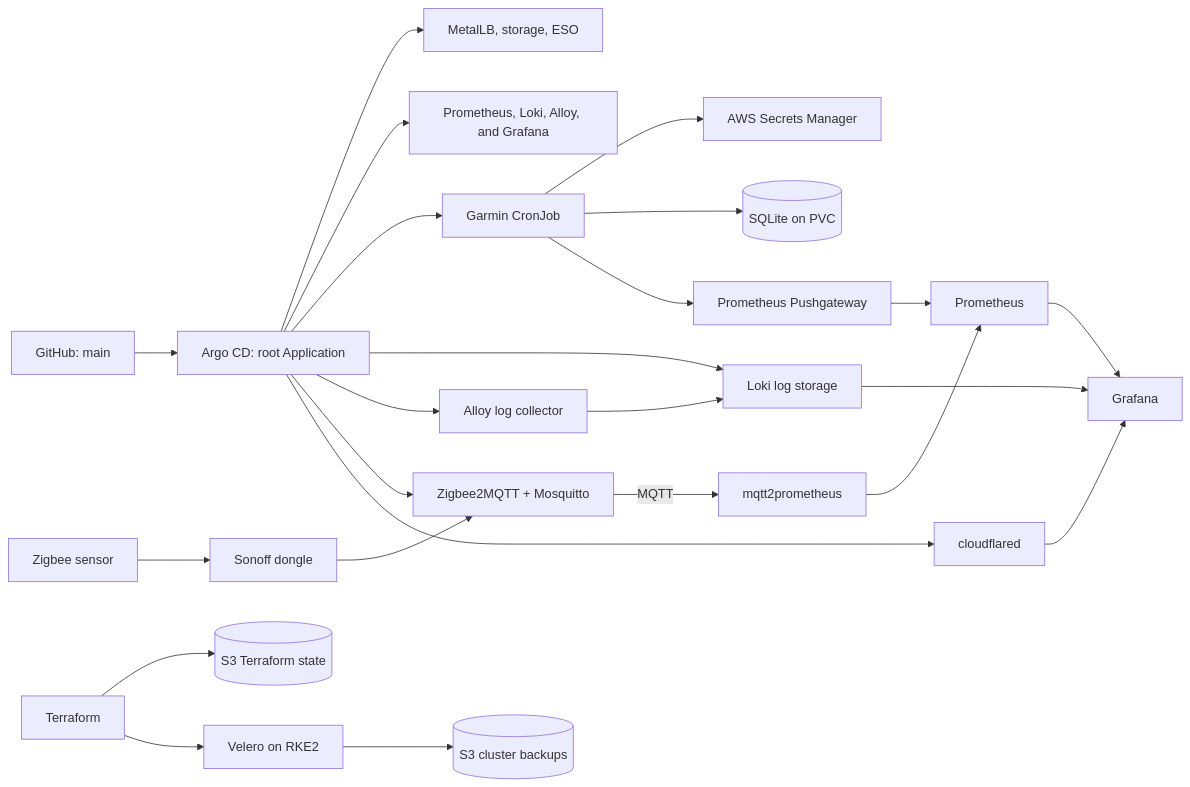
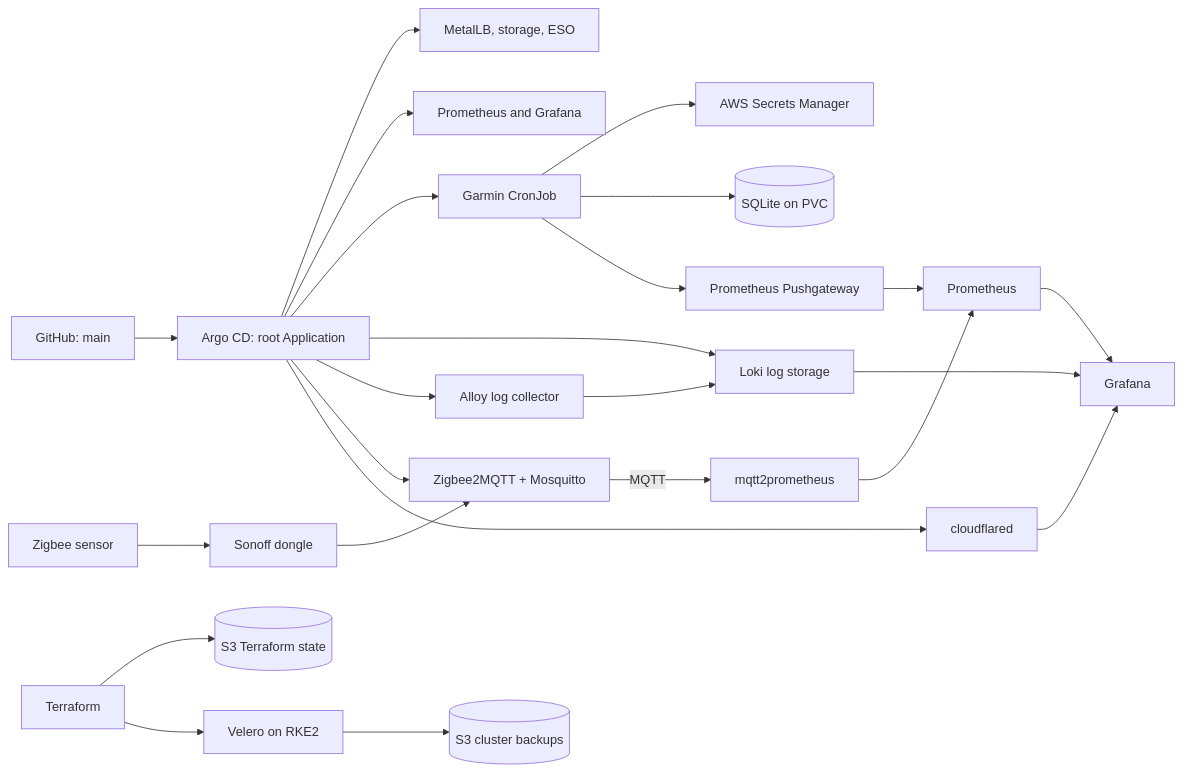
The first of 2 diagrams in README.md (andsidor/HomeLab), drawn with Mermaid before and after one commit. The commit also changed other lines of this file and 1 other file, not shown here.

````diff
--- a/README.md
+++ b/README.md
@@ -15,25 +15,25 @@
 ```mermaid
 flowchart LR
   Git[GitHub: main] --> Root[Argo CD: root Application]
   Root --> Infra[MetalLB, storage, ESO]
-  Root --> Monitor[Prometheus, Loki, Alloy, and Grafana]
+  Root --> Monitor[Prometheus and Grafana]
   Root --> Garmin[Garmin CronJob]
   Garmin --> AWS[AWS Secrets Manager]
   Garmin --> PVC[(SQLite on PVC)]
   Garmin --> Pushgateway[Prometheus Pushgateway]
   Pushgateway --> Prometheus[Prometheus]
   Prometheus --> Grafana[Grafana]
   Root --> Loki[Loki log storage]
   Root --> Alloy[Alloy log collector]
   Alloy --> Loki
   Loki --> Grafana
   Root --> Z2M[Zigbee2MQTT + Mosquitto]
   Sensor[Zigbee sensor] --> Dongle[Sonoff dongle] --> Z2M
   Z2M -->|MQTT| Exporter[mqtt2prometheus]
   Exporter --> Prometheus
   Root --> CF[cloudflared]
   CF --> Grafana
   Terraform[Terraform] --> StateS3[(S3 Terraform state)]
   Terraform --> Velero[Velero on RKE2]
   Velero --> BackupS3[(S3 cluster backups)]
 ```
````
